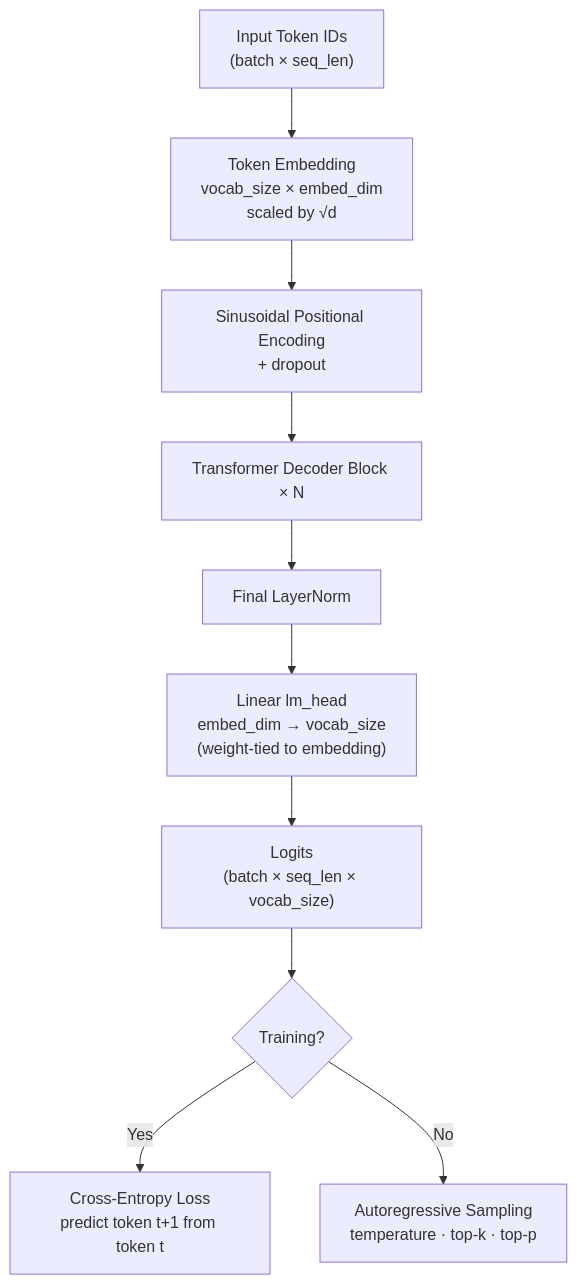
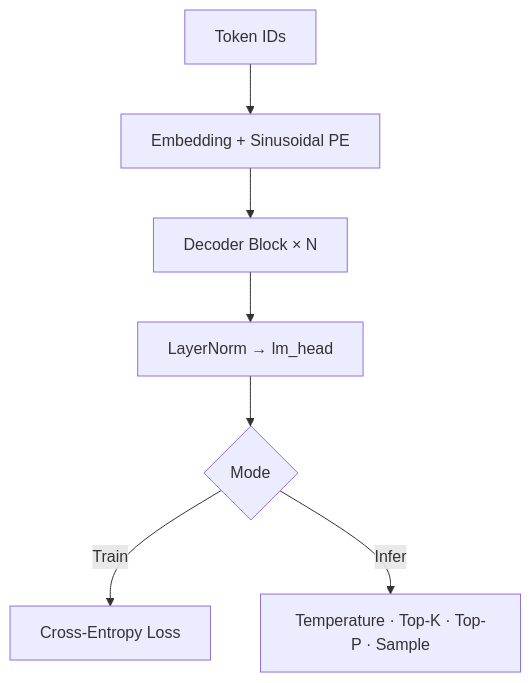
One commit to piyushdev04/MiniGPT changed the diagram in README.md. Above: the diagram before and after it, drawn with Mermaid. The commit also changed other lines of this file, not shown here.

````diff
--- a/README.md
+++ b/README.md
@@ -50,12 +23,9 @@
 ```mermaid
 flowchart TD
-    A["Input Token IDs<br/>(batch × seq_len)"] --> B["Token Embedding<br/>vocab_size × embed_dim<br/>scaled by √d"]
-    B --> C["Sinusoidal Positional Encoding<br/>+ dropout"]
-    C --> D["Transformer Decoder Block × N"]
-    D --> E["Final LayerNorm"]
-    E --> F["Linear lm_head<br/>embed_dim → vocab_size<br/>(weight-tied to embedding)"]
-    F --> G["Logits<br/>(batch × seq_len × vocab_size)"]
-    G --> H{"Training?"}
-    H -->|Yes| I["Cross-Entropy Loss<br/>predict token t+1 from token t"]
-    H -->|No| J["Autoregressive Sampling<br/>temperature · top-k · top-p"]
+    A[Token IDs] --> B[Embedding + Sinusoidal PE]
+    B --> C[Decoder Block × N]
+    C --> D[LayerNorm → lm_head]
+    D --> E{Mode}
+    E -->|Train| F[Cross-Entropy Loss]
+    E -->|Infer| G[Temperature · Top-K · Top-P · Sample]
 ```
````
